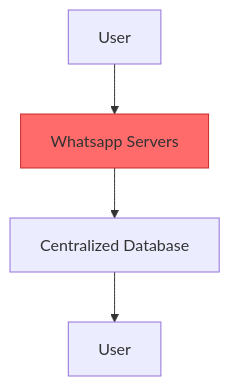
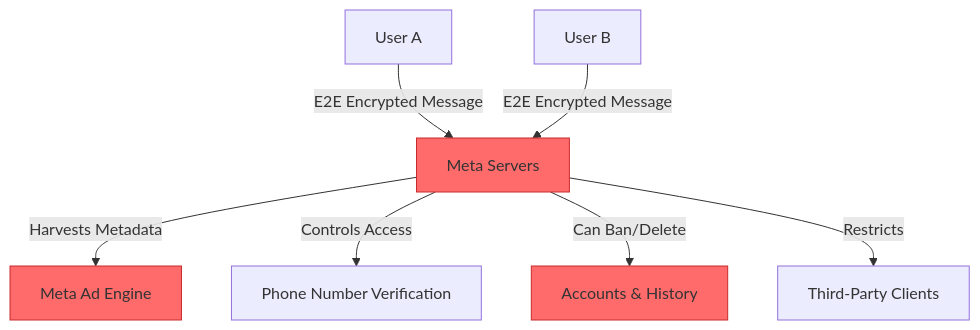
The first of 2 diagrams in 10-messaging/01-whatsapp-to-xmtp.md (Elvatar2/Web2-To-Web3-Migration-Guide), drawn with Mermaid before and after one commit. The commit also changed other lines of this file, not shown here.

````diff
--- a/10-messaging/01-whatsapp-to-xmtp.md
+++ b/10-messaging/01-whatsapp-to-xmtp.md
@@ -52,8 +62,13 @@
 ```mermaid
 graph TB
-    A[User] --> B[Whatsapp Servers]
-    B --> C[Centralized Database]
-    C --> D[User]
+    A[User A] -->|E2E Encrypted Message| B[Meta Servers]
+    C[User B] -->|E2E Encrypted Message| B
+    B -->|Harvests Metadata| D[Meta Ad Engine]
+    B -->|Controls Access| E[Phone Number Verification]
+    B -->|Can Ban/Delete| F[Accounts & History]
+    B -->|Restricts| G[Third-Party Clients]
 
     style B fill:#ff6b6b,stroke:#c92a2a
+    style D fill:#ff6b6b,stroke:#c92a2a
+    style F fill:#ff6b6b,stroke:#c92a2a
 ```
````
